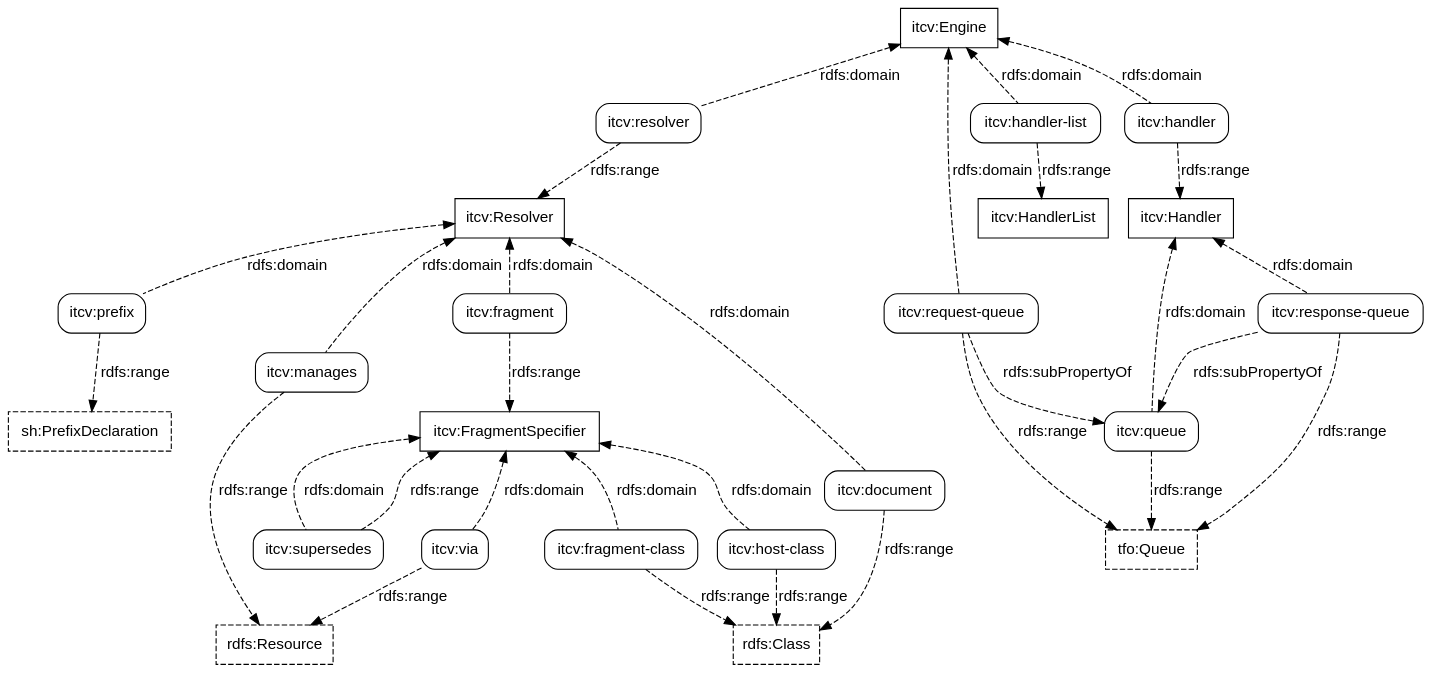
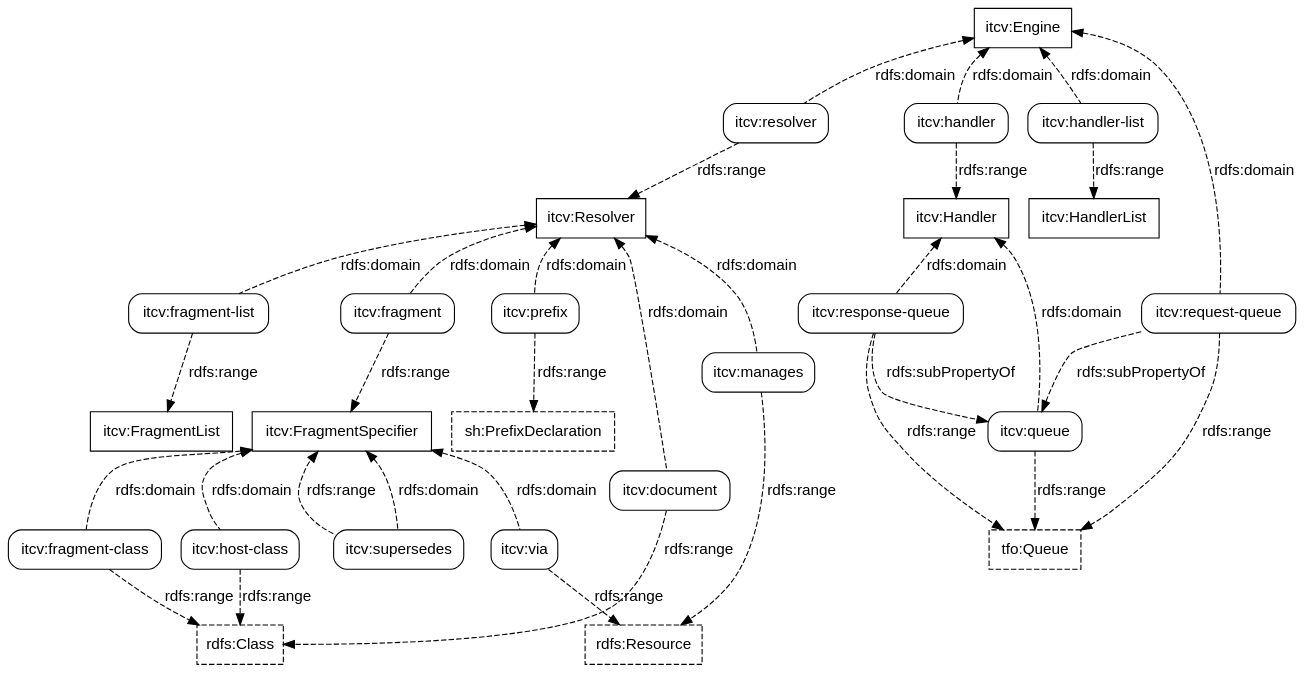
One commit to doriantaylor/owl-intertwingler-vocab changed the diagram in intertwingler-properties.dot. Above: the diagram before and after it, drawn with Graphviz. The commit also changed 3 other files, not shown here.

Commit message:
adding fragment-list and FragmentList

```diff
--- a/intertwingler-properties.dot
+++ b/intertwingler-properties.dot
@@ -1,99 +1,106 @@
+
 digraph {
     graph [bgcolor=transparent,rankdir=TB];
     node [shape=box,style=rounded,color="#000000",fontcolor="#000000",fontname="Lucida Grande, Lucida Sans Unicode, sans-serif"];
     edge [concentrate=true,color="#000000",fontcolor="#000000",fontname="Lucida Grande, Lucida Sans Unicode, sans-serif"];
 
     // third-party classes
 
     subgraph {
         node [shape=box, style=dashed];
         rdfs_Resource [label="rdfs:Resource", target="_parent", href="https://www.w3.org/TR/rdf-schema/#ch_resource"];
         rdfs_Class [label="rdfs:Class", target="_parent", href="https://www.w3.org/TR/rdf-schema/#ch_class"];
         sh_PrefixDeclaration [label="sh:PrefixDeclaration", target="_parent", href="https://www.w3.org/TR/shacl/#sparql-prefixes"];
         // tfo_Bundle [label="tfo:Bundle", target="_parent", href="https://vocab.methodandstructure.com/transformation#Bundle"];
         tfo_Queue [label="tfo:Queue", target="_parent", href="https://vocab.methodandstructure.com/transformation#Queue"];
     }
 
     // our classes
 
     subgraph {
         node [shape=box, style=""];
         itcv_Handler [label="itcv:Handler", target="_parent", href="https://vocab.methodandstructure.com/intertwingler#Handler"];
         itcv_Resolver [label="itcv:Resolver", target="_parent", href="https://vocab.methodandstructure.com/intertwingler#Resolver"];
         itcv_FragmentSpecifier [label="itcv:FragmentSpecifier", target="_parent", href="https://vocab.methodandstructure.com/intertwingler#FragmentSpecifier"];
+        itcv_FragmentList [label="itcv:FragmentList", target="_parent", href="https://vocab.methodandstructure.com/intertwingler#FragmentList"];
         itcv_Engine [label="itcv:Engine", target="_parent", href="https://vocab.methodandstructure.com/intertwingler#Engine"];
         // itcv_Transform [label="itcv:Transform", target="_parent", href="https://vocab.methodandstructure.com/intertwingler#Transform"];
         itcv_HandlerList [label="itcv:HandlerList", target="_parent", href="https://vocab.methodandstructure.com/intertwingler#HandlerList"];
     }
 
     // third-party properties
 
     subgraph {
         node [style="dashed,rounded"];
+        // rdf_first [label="rdf:first", target="_parent", href="https://www.w3.org/TR/rdf-schema/#ch_first"];
+        // rdf_rest [label="rdf:rest", target="_parent", href="https://www.w3.org/TR/rdf-schema/#ch_rest"];
     }
 
     // our properties
 
     itcv_resolver [label="itcv:resolver", target="_parent", href="https://vocab.methodandstructure.com/intertwingler#resolver"];
     itcv_manages [label="itcv:manages", target="_parent", href="https://vocab.methodandstructure.com/intertwingler#manages"];
     itcv_prefix [label="itcv:prefix", target="_parent", href="https://vocab.methodandstructure.com/intertwingler#prefix"];
     itcv_document [label="itcv:document", target="_parent", href="https://vocab.methodandstructure.com/intertwingler#document"];
     itcv_fragment [label="itcv:fragment", target="_parent", href="https://vocab.methodandstructure.com/intertwingler#fragment"];
+    itcv_fragment_list [label="itcv:fragment-list", target="_parent", href="https://vocab.methodandstructure.com/intertwingler#fragment-list"];
     itcv_fragment_class [label="itcv:fragment-class", target="_parent", href="https://vocab.methodandstructure.com/intertwingler#fragment-class"];
     itcv_host_class [label="itcv:host-class", target="_parent", href="https://vocab.methodandstructure.com/intertwingler#host-class"];
     itcv_via [label="itcv:via", target="_parent", href="https://vocab.methodandstructure.com/intertwingler#via"];
     itcv_supersedes [label="itcv:supersedes", target="_parent", href="https://vocab.methodandstructure.com/intertwingler#supersedes"];
     itcv_handler [label="itcv:handler", target="_parent", href="https://vocab.methodandstructure.com/intertwingler#handler"];
     itcv_handler_list [label="itcv:handler-list", target="_parent", href="https://vocab.methodandstructure.com/intertwingler#handler-list"];
     itcv_queue [label="itcv:queue", target="_parent", href="https://vocab.methodandstructure.com/intertwingler#queue"];
     itcv_request_queue [label="itcv:request-queue", target="_parent", href="https://vocab.methodandstructure.com/intertwingler#request-queue"];
     itcv_response_queue [label="itcv:response-queue", target="_parent", href="https://vocab.methodandstructure.com/intertwingler#response-queue"];
 
     // relations
 
     subgraph {
         edge [style=dashed, label="rdfs:subPropertyOf"];
         itcv_request_queue  -> itcv_queue;
         itcv_response_queue -> itcv_queue;
     }
 
     subgraph {
         edge [style=dashed, dir=back, label="rdfs:domain"];
         itcv_Handler  -> itcv_queue;
         itcv_Handler  -> itcv_response_queue;
         itcv_Engine   -> itcv_request_queue;
         itcv_Engine   -> itcv_resolver;
         itcv_Resolver -> itcv_manages;
         itcv_Resolver -> itcv_prefix;
         itcv_Resolver -> itcv_document;
         itcv_Resolver -> itcv_fragment;
+        itcv_Resolver -> itcv_fragment_list;
 
         itcv_FragmentSpecifier -> itcv_fragment_class;
         itcv_FragmentSpecifier -> itcv_host_class;
         itcv_FragmentSpecifier -> itcv_via;
         itcv_FragmentSpecifier -> itcv_supersedes;
 
         itcv_Engine  -> itcv_handler;
         itcv_Engine  -> itcv_handler_list;
     }
 
     subgraph {
         edge [style=dashed, label="rdfs:range"];
         itcv_resolver       -> itcv_Resolver;
         itcv_manages        -> rdfs_Resource;
         itcv_prefix         -> sh_PrefixDeclaration;
         itcv_document       -> rdfs_Class;
         itcv_fragment       -> itcv_FragmentSpecifier;
+        itcv_fragment_list  -> itcv_FragmentList;
         itcv_fragment_class -> rdfs_Class;
         itcv_host_class     -> rdfs_Class;
         itcv_via            -> rdfs_Resource;
         itcv_supersedes     -> itcv_FragmentSpecifier;
 
         itcv_queue          -> tfo_Queue;
         itcv_request_queue  -> tfo_Queue;
         itcv_response_queue -> tfo_Queue;
 
         itcv_handler      -> itcv_Handler;
         itcv_handler_list -> itcv_HandlerList;
     }
 }
```
